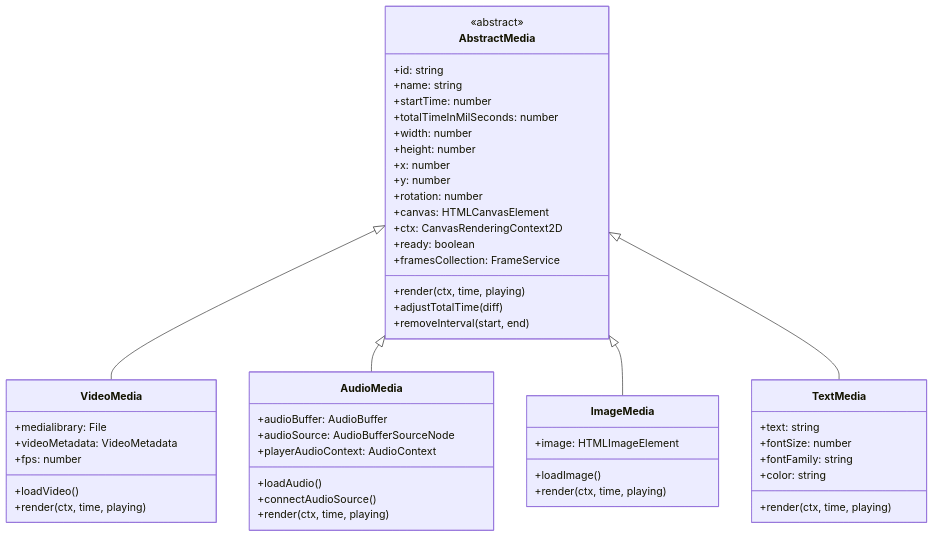
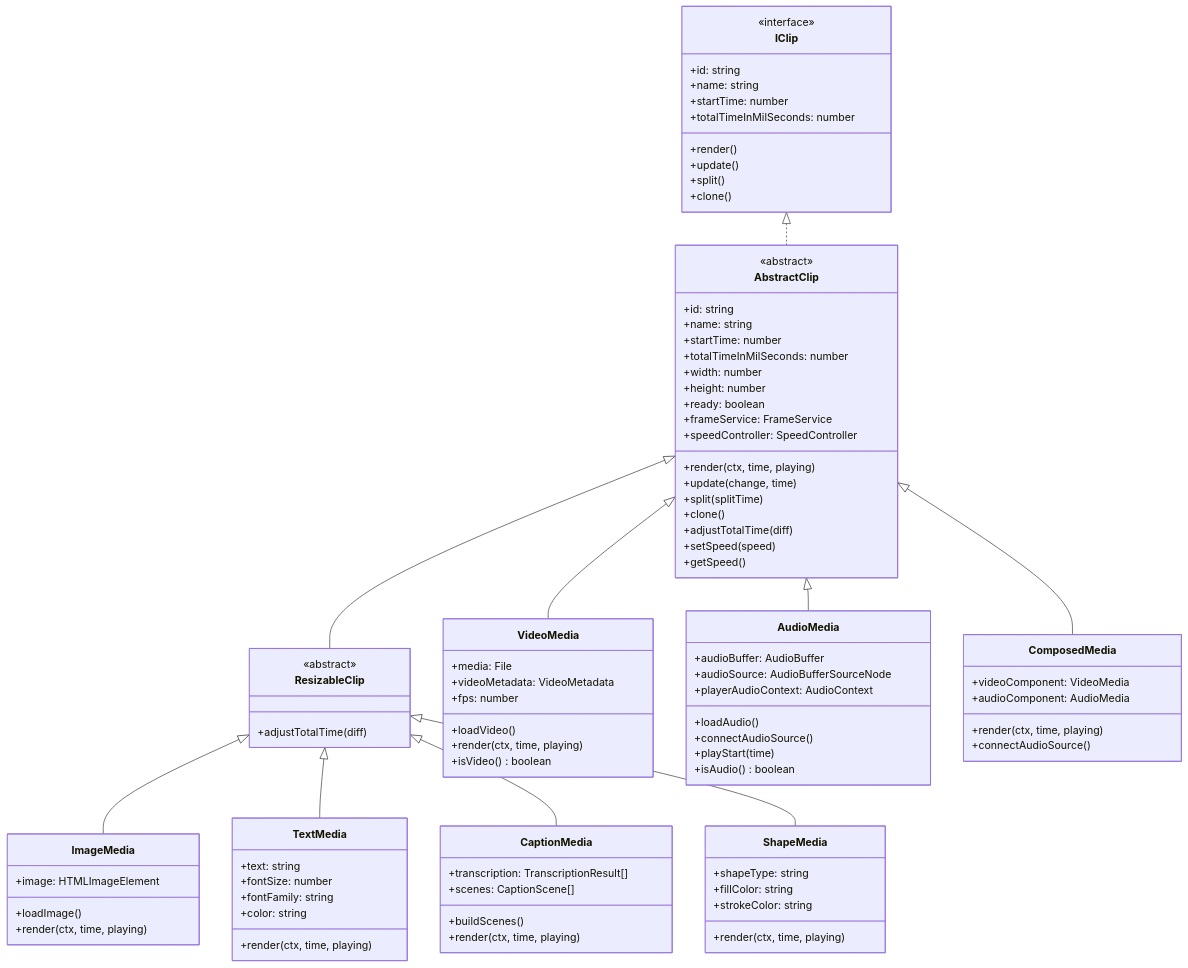
The second of 19 diagrams in docs/architecture/05-timeline-layers.md (apssouza22/web-video-edit), drawn with Mermaid before and after one commit. The commit also changed other lines of this file and 12 other files, not shown here.

Commit message:
Update architecture

````diff
--- a/docs/architecture/05-timeline-layers.md
+++ b/docs/architecture/05-timeline-layers.md
@@ -103,6 +120,18 @@
 ```mermaid
 classDiagram
-    class AbstractMedia {
+    class IClip {
+        <<interface>>
+        +id: string
+        +name: string
+        +startTime: number
+        +totalTimeInMilSeconds: number
+        +render()
+        +update()
+        +split()
+        +clone()
+    }
+
+    class AbstractClip {
         <<abstract>>
         +id: string
         +name: string
@@ -110,41 +139,48 @@
         +totalTimeInMilSeconds: number
         +width: number
         +height: number
-        +x: number
-        +y: number
-        +rotation: number
-        +canvas: HTMLCanvasElement
-        +ctx: CanvasRenderingContext2D
         +ready: boolean
-        +framesCollection: FrameService
+        +frameService: FrameService
+        +speedController: SpeedController
         +render(ctx, time, playing)
+        +update(change, time)
+        +split(splitTime)
+        +clone()
         +adjustTotalTime(diff)
-        +removeInterval(start, end)
+        +setSpeed(speed)
+        +getSpeed()
     }
-    
+
+    class ResizableClip {
+        <<abstract>>
+        +adjustTotalTime(diff)
+    }
+
     class VideoMedia {
-        +medialibrary: File
+        +media: File
         +videoMetadata: VideoMetadata
         +fps: number
         +loadVideo()
         +render(ctx, time, playing)
+        +isVideo() boolean
     }
-    
+
     class AudioMedia {
         +audioBuffer: AudioBuffer
         +audioSource: AudioBufferSourceNode
         +playerAudioContext: AudioContext
         +loadAudio()
         +connectAudioSource()
-        +render(ctx, time, playing)
+        +playStart(time)
+        +isAudio() boolean
     }
-    
+
     class ImageMedia {
         +image: HTMLImageElement
         +loadImage()
         +render(ctx, time, playing)
     }
-    
+
     class TextMedia {
         +text: string
         +fontSize: number
@@ -152,9 +188,35 @@
         +color: string
         +render(ctx, time, playing)
     }
-    
-    AbstractMedia <|-- VideoMedia
-    AbstractMedia <|-- AudioMedia
-    AbstractMedia <|-- ImageMedia
-    AbstractMedia <|-- TextMedia
+
+    class CaptionMedia {
+        +transcription: TranscriptionResult[]
+        +scenes: CaptionScene[]
+        +buildScenes()
+        +render(ctx, time, playing)
+    }
+
+    class ShapeMedia {
+        +shapeType: string
+        +fillColor: string
+        +strokeColor: string
+        +render(ctx, time, playing)
+    }
+
+    class ComposedMedia {
+        +videoComponent: VideoMedia
+        +audioComponent: AudioMedia
+        +render(ctx, time, playing)
+        +connectAudioSource()
+    }
+
+    IClip <|.. AbstractClip
+    AbstractClip <|-- VideoMedia
+    AbstractClip <|-- AudioMedia
+    AbstractClip <|-- ComposedMedia
+    AbstractClip <|-- ResizableClip
+    ResizableClip <|-- ImageMedia
+    ResizableClip <|-- TextMedia
+    ResizableClip <|-- CaptionMedia
+    ResizableClip <|-- ShapeMedia
 ```
````
